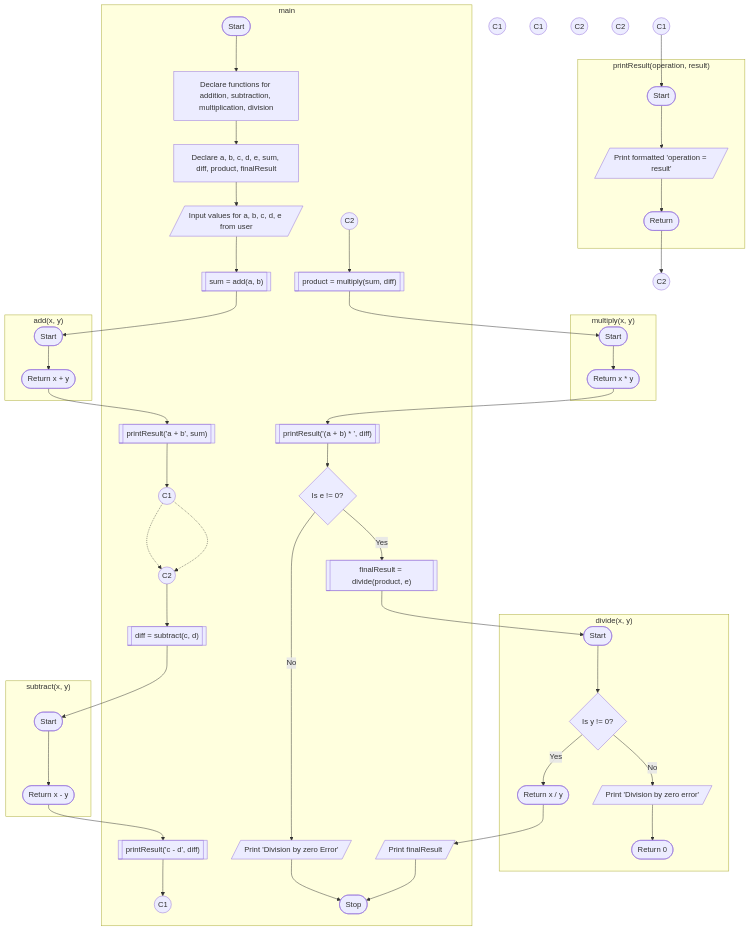
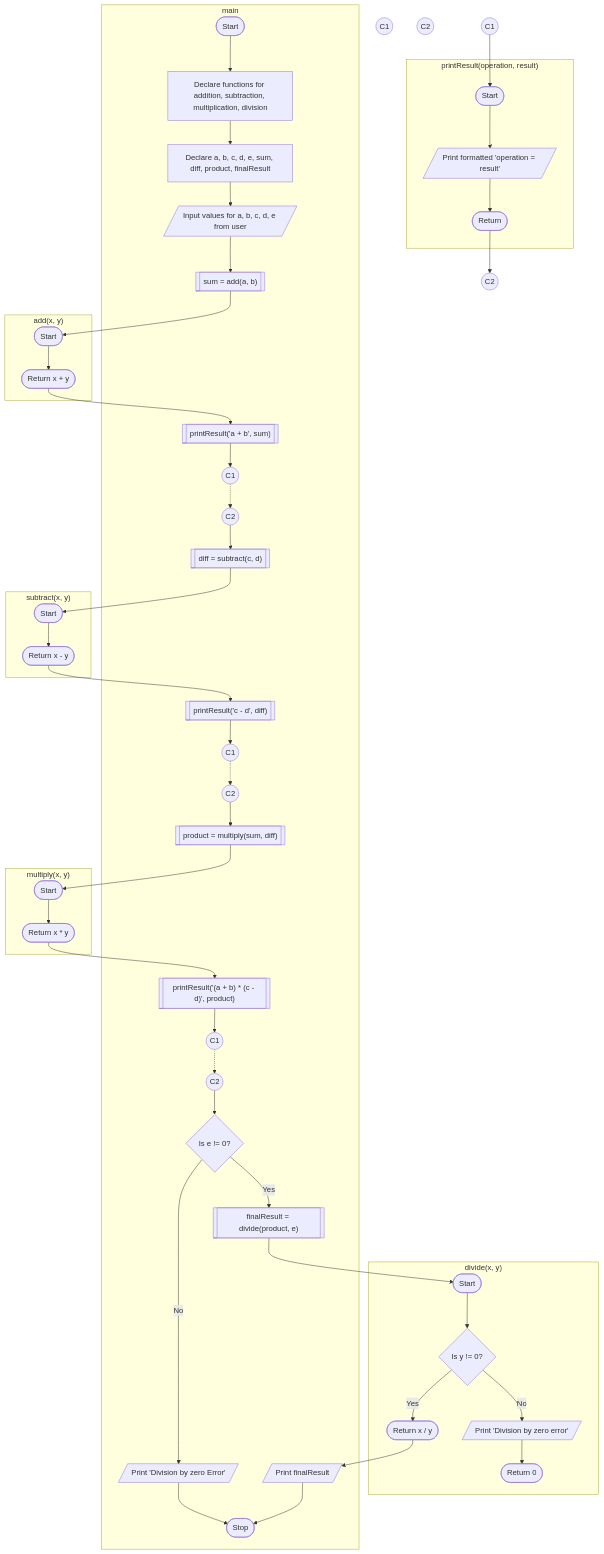
Before and after one commit to Vinit-source/Programming-for-problem-solving: the diagram in PR/P7 - Functions.md, drawn with Mermaid. The commit also changed other lines of this file, not shown here.

Commit message:
PR/P7 - Functions.md updated from https://stackedit.io/

````diff
--- a/PR/P7 - Functions.md
+++ b/PR/P7 - Functions.md
@@ -20,73 +20,75 @@
 ```mermaid
 graph TD;
 
 subgraph "add(x, y)" 
 	addStart([Start]);
 	B1([Return x + y]);
 	addStart --> B1;
 end
 subgraph "subtract(x, y)"
 	subStart([Start]);
 	B2([Return x - y]);
 	subStart --> B2;
 end
 subgraph "multiply(x, y)"
 	mulStart([Start]);
 	B3([Return x * y]);
 	mulStart --> B3;
 end
 subgraph "divide(x, y)"
 	divStart([Start]);
 	J{Is y != 0?};
     J -- Yes --> K([Return x / y]);
     J -- No --> M[/Print 'Division by zero error'/];
     divStart --> J;
     M --> MR([Return 0]);
 end
 subgraph "printResult(operation, result)"
 	printStart([Start]);
 	P[/Print formatted 'operation = result'/];
 	R([Return]);
 	printStart --> P;
 	P --> R;
 end
 
 CS2((C1));
 CE2((C2));
 CAS1((C1));
 CSS1((C1));
 CMS1((C1));
 CDS1((C1));
 CAE1((C2));
 CSE1((C2));
 CME1((C2));
 CDE1((C2));
 CS2 --> printStart;
 R --> CE2;
 
 subgraph main
     A([Start]) --> B[Declare functions for addition, subtraction, multiplication, division];
     B --> BB[Declare a, b, c, d, e, sum, diff, product, finalResult];
     BB --> C[/Input values for a, b, c, d, e from user/];
 	C --> CB[["sum = add(a, b)"]];
 	CB --> addStart;
 	B1 --> E[["printResult('a + b', sum)"]];
     E --> CAS1;
     CAS1 -.-> CAE1;
     CAE1 --> F[["diff = subtract(c, d)"]];
     F --> subStart;
     B2 --> G[["printResult('c - d', diff)"]];
     G --> CSS1;
-    CAS1 -.-> CAE1;
+    CSS1 -.-> CSE1;
     CSE1 --> H[["product = multiply(sum, diff)"]];
     H --> mulStart;
-    B3 --> I[["printResult('(a + b) * ', diff)"]];
-    I --> DB0{Is e != 0?};
+    B3 --> I[["printResult('(a + b) * (c - d)', product)"]];
+    I --> CMS1;
+    CMS1 -.-> CME1;
+    CME1 --> DB0{Is e != 0?};
     DB0 -- Yes --> I1[["finalResult = divide(product, e)"]];
     I1 --> divStart;
     K --> L[/Print finalResult/];
     L --> N([Stop]);
     DB0 -- No --> N0[/"Print 'Division by zero Error'"/];
     N0 --> N
    end
 ```
````
